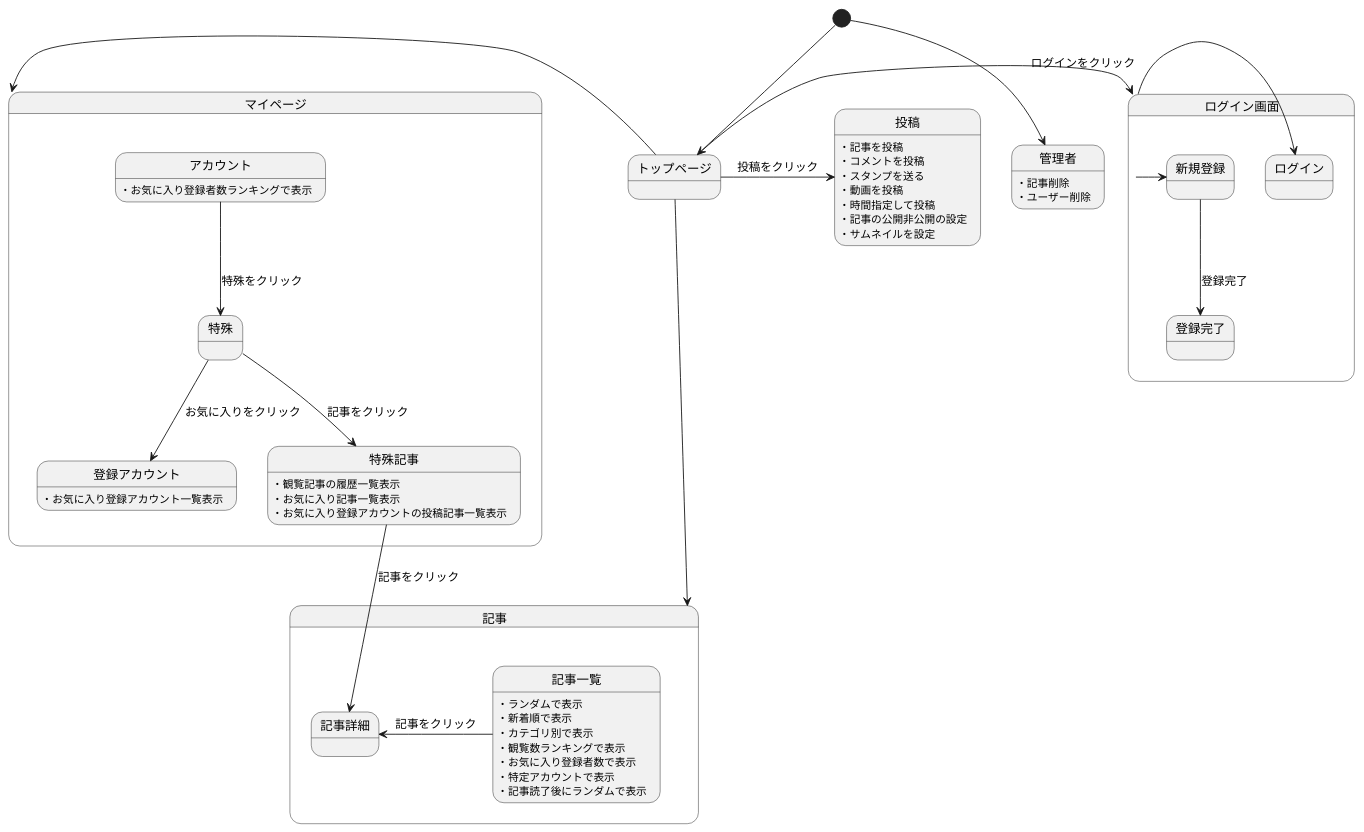
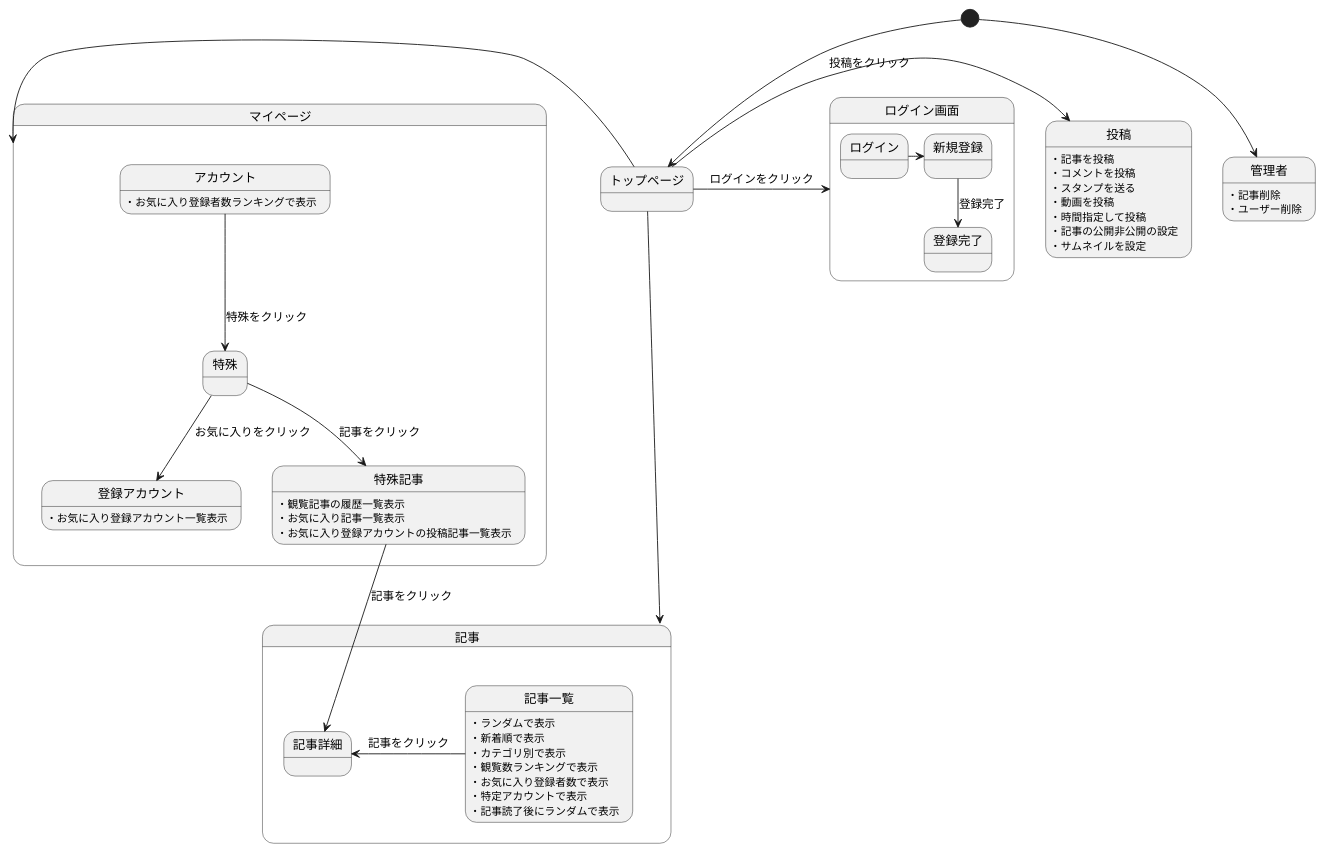
One commit to Aso2001001/2022System changed the diagram in 後期画面遷移.md. Above: the diagram before and after it, drawn with PlantUML.

````diff
--- a/後期画面遷移.md
+++ b/後期画面遷移.md
@@ -1,64 +1,64 @@
 ```uml
 @startuml
 [*] --> トップページ
 
 
 トップページ -down-> 記事
 トップページ -left-> マイページ
 トップページ -> 投稿 : 投稿をクリック
 投稿:・記事を投稿
 投稿:・コメントを投稿
 投稿:・スタンプを送る
 投稿:・動画を投稿
 投稿:・時間指定して投稿
 投稿:・記事の公開非公開の設定
 投稿:・サムネイルを設定
 
 トップページ -> ログイン画面 : ログインをクリック
 
 
 state ログイン画面{
-ログイン画面 -> ログイン
-ログイン画面 -> 新規登録
+
+ログイン -> 新規登録
 新規登録 -down-> 登録完了 : 登録完了
 }
 
 
 state 記事{
 記事一覧 -left-> 記事詳細 : 記事をクリック
 
 
 記事一覧:・ランダムで表示
 記事一覧:・新着順で表示
 記事一覧:・カテゴリ別で表示
 記事一覧:・観覧数ランキングで表示
 記事一覧:・お気に入り登録者数で表示
 記事一覧:・特定アカウントで表示
 記事一覧:・記事読了後にランダムで表示
 
 }
 
 state マイページ{
 
 アカウント -down-> 特殊 : 特殊をクリック
 特殊 -down-> 登録アカウント :お気に入りをクリック
 特殊 -down-> 特殊記事 :記事をクリック
 特殊記事 -down-> 記事詳細 :記事をクリック
 
 アカウント:・お気に入り登録者数ランキングで表示
 
 特殊記事:・観覧記事の履歴一覧表示
 特殊記事:・お気に入り記事一覧表示
 登録アカウント:・お気に入り登録アカウント一覧表示
 特殊記事:・お気に入り登録アカウントの投稿記事一覧表示
 
 }
 
 
 [*] --> 管理者
 管理者:・記事削除
 管理者:・ユーザー削除
 
 
 @enduml
 ```
````
